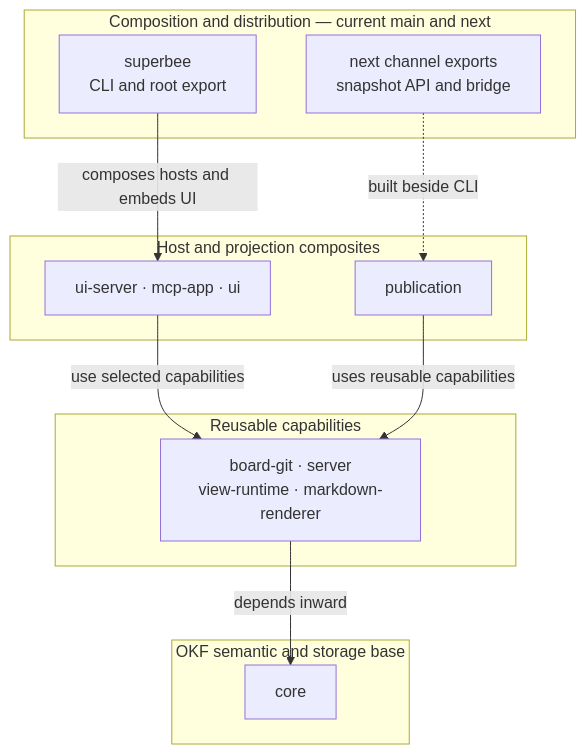
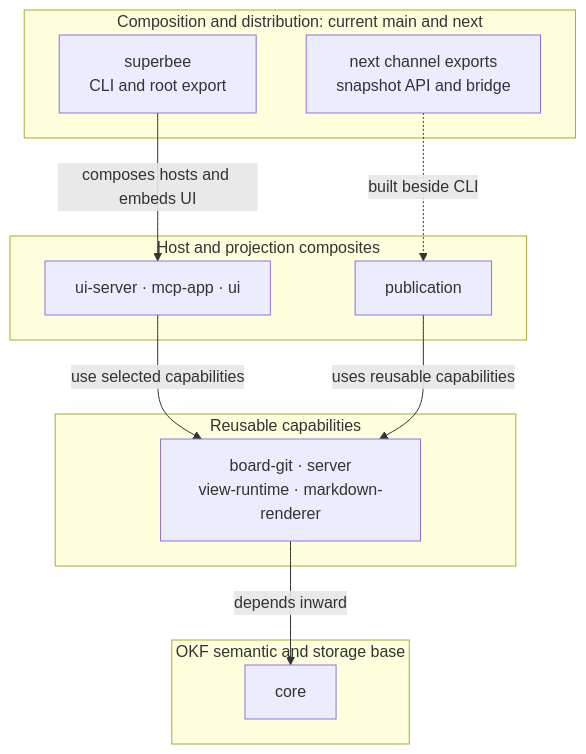
One commit to Holaxis-ai/superbee-docs changed the diagram in .superbee/visuals/sources/architecture-at-a-glance.mmd. Above: the diagram before and after it, drawn with Mermaid. The commit also changed 38 other files, not shown here.

```diff
--- a/.superbee/visuals/sources/architecture-at-a-glance.mmd
+++ b/.superbee/visuals/sources/architecture-at-a-glance.mmd
@@ -1,33 +1,33 @@
 flowchart TB
   accTitle: Superbee architecture at a glance
   accDescr {
     The installed superbee package composes private host and projection packages plus reusable
     capabilities. Those packages depend inward on core, which owns bundle semantics and storage
     contracts. On the current main and next release line, publication modules and built UI assets
     are shipped beside the CLI without making private workspaces separate user installs.
   }
 
-  subgraph distribution["Composition and distribution — current main and next"]
+  subgraph distribution["Composition and distribution: current main and next"]
     cli["superbee<br/>CLI and root export"]
     publicModules["next channel exports<br/>snapshot API and bridge"]
   end
 
   subgraph hosts["Host and projection composites"]
     hostAdapters["ui-server · mcp-app · ui"]
     publication["publication"]
   end
 
   subgraph capabilities["Reusable capabilities"]
     reusable["board-git · server<br/>view-runtime · markdown-renderer"]
   end
 
   subgraph semantics["OKF semantic and storage base"]
     core["core"]
   end
 
   cli -->|"composes hosts and embeds UI"| hostAdapters
   publicModules -. "built beside CLI" .-> publication
 
   hostAdapters -->|"use selected capabilities"| reusable
   publication -->|"uses reusable capabilities"| reusable
   reusable -->|"depends inward"| core
```
